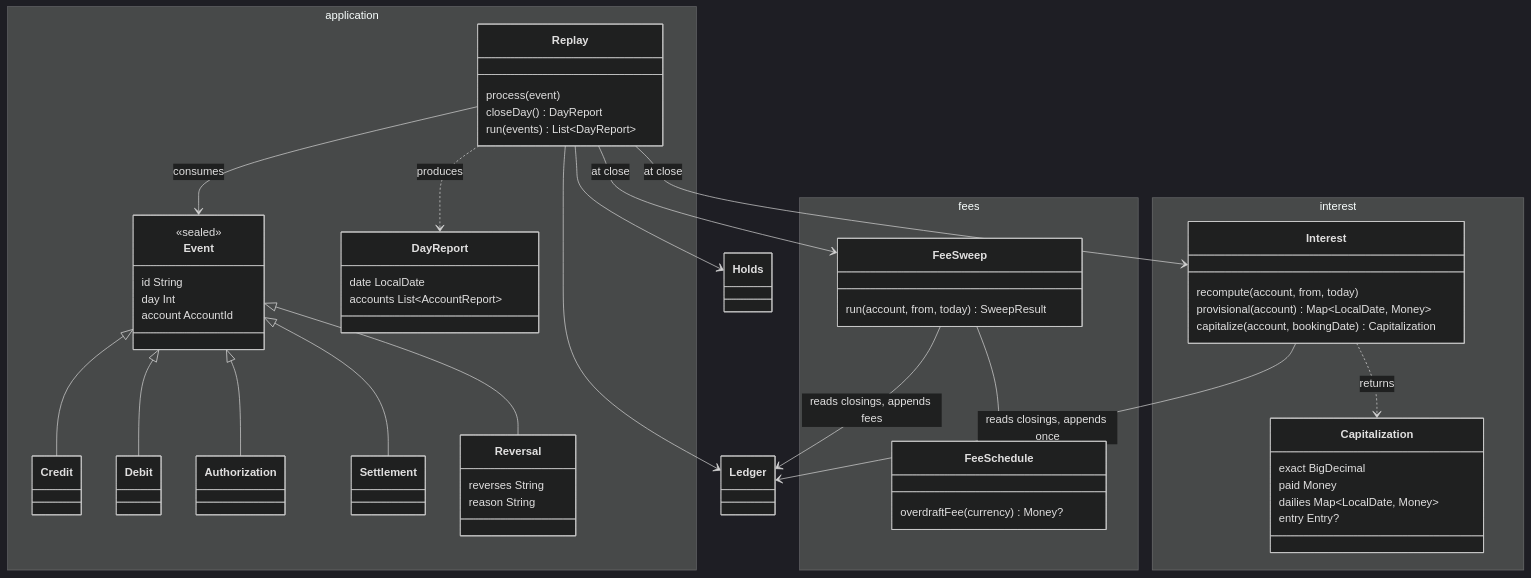
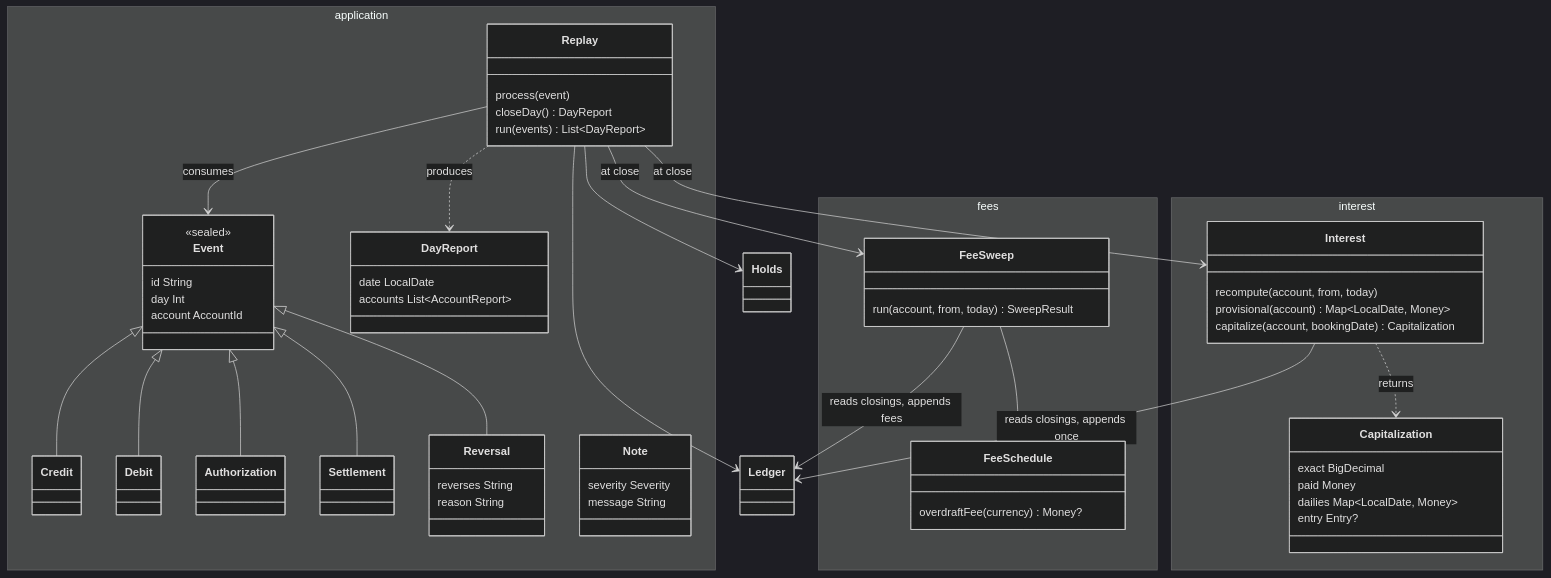
The second of 2 diagrams in DESIGN.md (mark-per/ledger-core), drawn with Mermaid (dark theme) before and after one commit. The commit also changed other lines of this file, not shown here.

````diff
--- a/DESIGN.md
+++ b/DESIGN.md
@@ -138,67 +151,71 @@
 ```mermaid
 classDiagram
 direction TB
 namespace fees {
   class FeeSchedule {
     overdraftFee(currency) Money?
   }
   class FeeSweep {
     run(account, from, today) SweepResult
   }
 }
 namespace interest {
   class Interest {
     recompute(account, from, today)
     provisional(account) Map~LocalDate, Money~
     capitalize(account, bookingDate) Capitalization
   }
   class Capitalization {
     exact BigDecimal
     paid Money
     dailies Map~LocalDate, Money~
     entry Entry?
   }
 }
 namespace application {
   class Event {
     <<sealed>>
     id String
     day Int
     account AccountId
   }
   class Credit
   class Debit
   class Authorization
   class Settlement
   class Reversal {
     reverses String
     reason String
   }
+  class Note {
+    severity Severity
+    message String
+  }
   class Replay {
     process(event)
     closeDay() DayReport
     run(events) List~DayReport~
   }
   class DayReport {
     date LocalDate
     accounts List~AccountReport~
   }
 }
 class Ledger
 class Holds
 Event <|-- Credit
 Event <|-- Debit
 Event <|-- Authorization
 Event <|-- Settlement
 Event <|-- Reversal
 FeeSweep --> Ledger : reads closings, appends fees
 FeeSweep --> FeeSchedule
 Interest --> Ledger : reads closings, appends once
 Interest ..> Capitalization : returns
 Replay --> Ledger
 Replay --> Holds
 Replay --> FeeSweep : at close
 Replay --> Interest : at close
 Replay --> Event : consumes
 Replay ..> DayReport : produces
 ```
````
